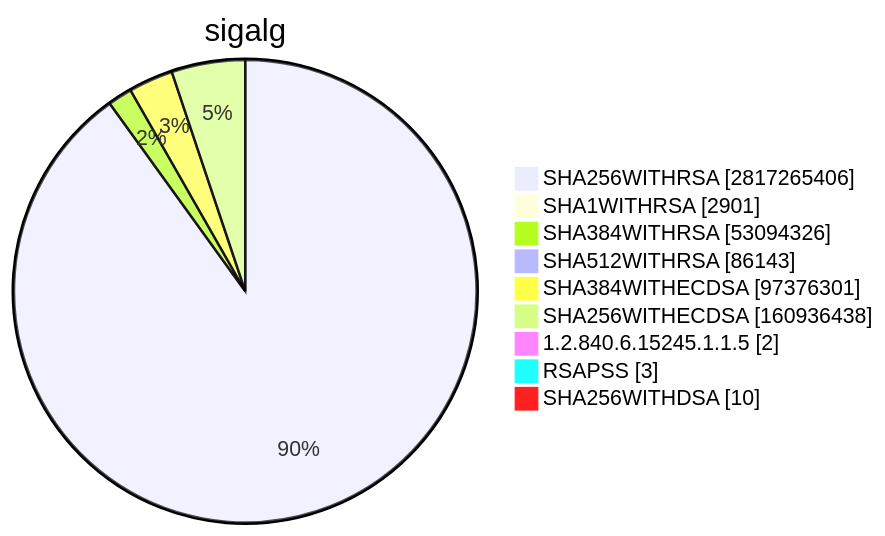
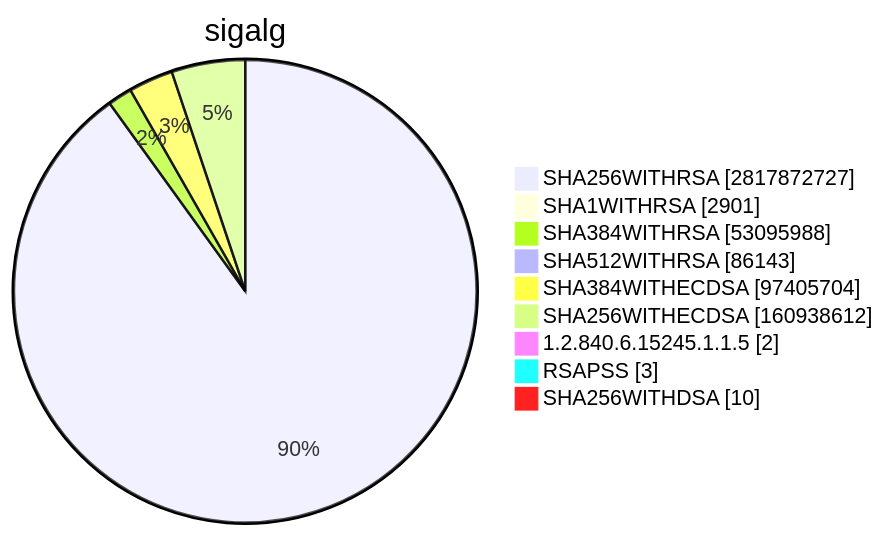
Before and after one commit to christiankrug/ctmonitor_visualization: diagram 15 of 15 in TOTAL/README.md, drawn with Mermaid. The commit also changed other lines of this file, not shown here.

````diff
--- a/TOTAL/README.md
+++ b/TOTAL/README.md
@@ -6207,13 +6207,13 @@
 ```mermaid
 pie showData
 title sigalg
-"SHA256WITHRSA" :2817265406
+"SHA256WITHRSA" :2817872727
 "SHA1WITHRSA" :2901
-"SHA384WITHRSA" :53094326
+"SHA384WITHRSA" :53095988
 "SHA512WITHRSA" :86143
-"SHA384WITHECDSA" :97376301
-"SHA256WITHECDSA" :160936438
+"SHA384WITHECDSA" :97405704
+"SHA256WITHECDSA" :160938612
 "1.2.840.6.15245.1.1.5" :2
 "RSAPSS" :3
 "SHA256WITHDSA" :10
 ```
````
